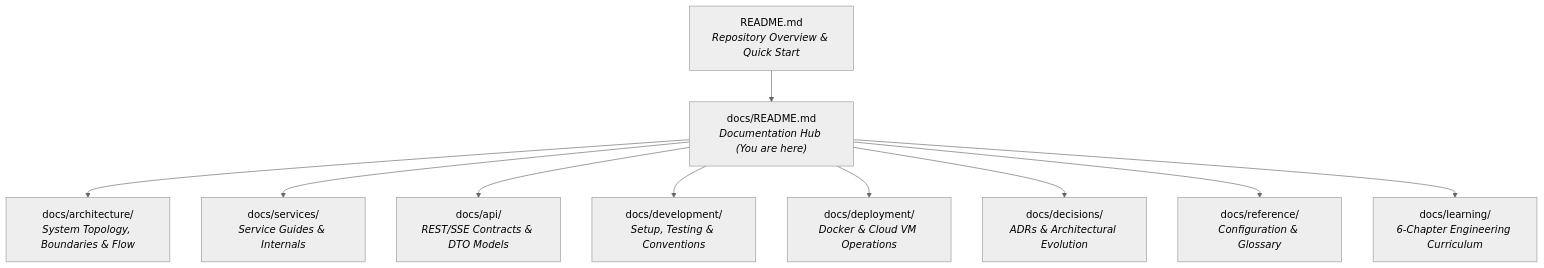
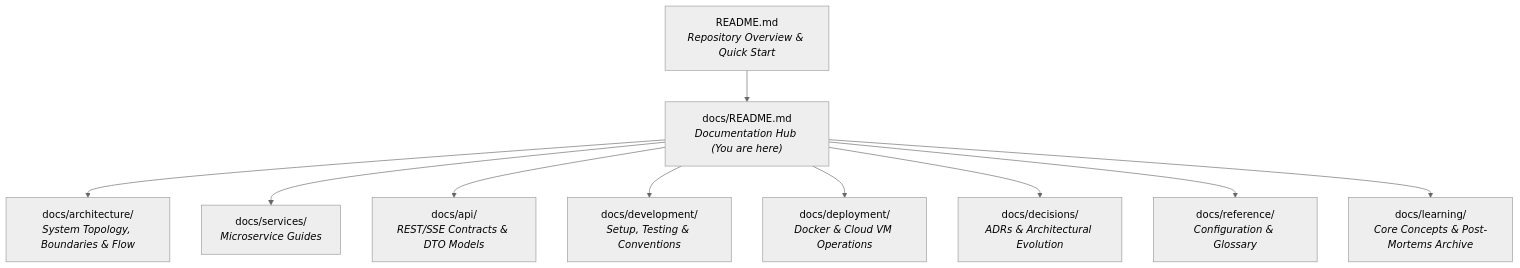
One commit to parvagr247/data-enrichment-ai-intelligence changed the diagram in docs/README.md. Above: the diagram before and after it, drawn with Mermaid (neutral theme). The commit also changed other lines of this file and 37 other files, not shown here.

````diff
--- a/docs/README.md
+++ b/docs/README.md
@@ -11,24 +11,24 @@
 ```mermaid
 flowchart TD
     Root["README.md<br/><i>Repository Overview & Quick Start</i>"]
     Hub["docs/README.md<br/><i>Documentation Hub (You are here)</i>"]
 
     Arch["docs/architecture/<br/><i>System Topology, Boundaries & Flow</i>"]
-    Serv["docs/services/<br/><i>Service Guides & Internals</i>"]
+    Serv["docs/services/<br/><i>Microservice Guides</i>"]
     API["docs/api/<br/><i>REST/SSE Contracts & DTO Models</i>"]
     Dev["docs/development/<br/><i>Setup, Testing & Conventions</i>"]
     Dep["docs/deployment/<br/><i>Docker & Cloud VM Operations</i>"]
     ADR["docs/decisions/<br/><i>ADRs & Architectural Evolution</i>"]
     Ref["docs/reference/<br/><i>Configuration & Glossary</i>"]
-    Learn["docs/learning/<br/><i>6-Chapter Engineering Curriculum</i>"]
+    Learn["docs/learning/<br/><i>Core Concepts & Post-Mortems Archive</i>"]
 
     Root --> Hub
     Hub --> Arch
     Hub --> Serv
     Hub --> API
     Hub --> Dev
     Hub --> Dep
     Hub --> ADR
     Hub --> Ref
     Hub --> Learn
 ```
````
